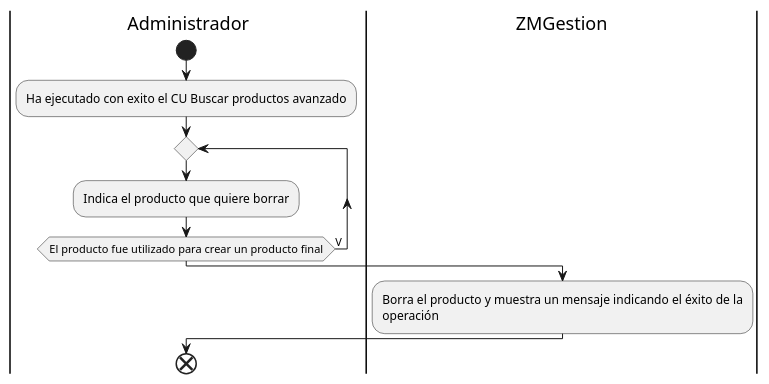
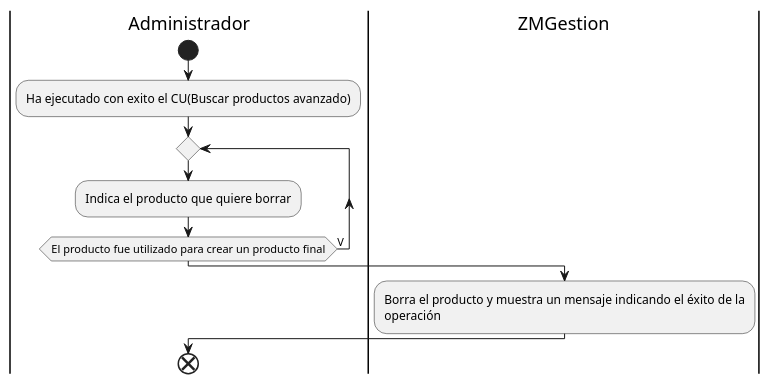
Before and after one commit to ZMGestion/DocumentacionZMGestion: the second of 35 diagrams in DiagramasActividad/DiagramaDeActividad.puml, drawn with PlantUML. The commit also changed other lines of this file and 9 other files, not shown here.

```diff
--- a/DiagramasActividad/DiagramaDeActividad.puml
+++ b/DiagramasActividad/DiagramaDeActividad.puml
@@ -14,13 +14,13 @@
 @startuml borrarProducto
 |Administrador|
 start
-:Ha ejecutado con exito el CU Buscar productos avanzado;
+:Ha ejecutado con exito el CU(Buscar productos avanzado);
 repeat
 :Indica el producto que quiere borrar;
 repeat while(El producto fue utilizado para crear un producto final) is (V)
 |ZMGestion|
 :Borra el producto y muestra un mensaje indicando el éxito de la 
 operación;
 |Administrador|
 end
 @enduml
```
